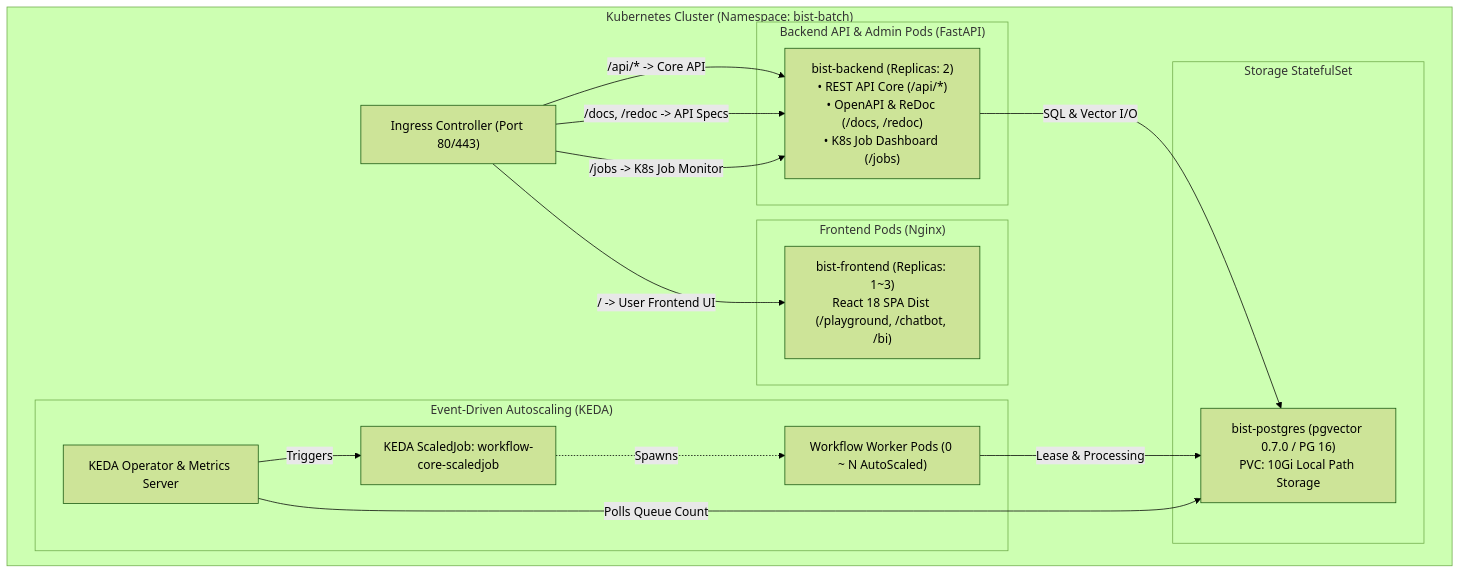
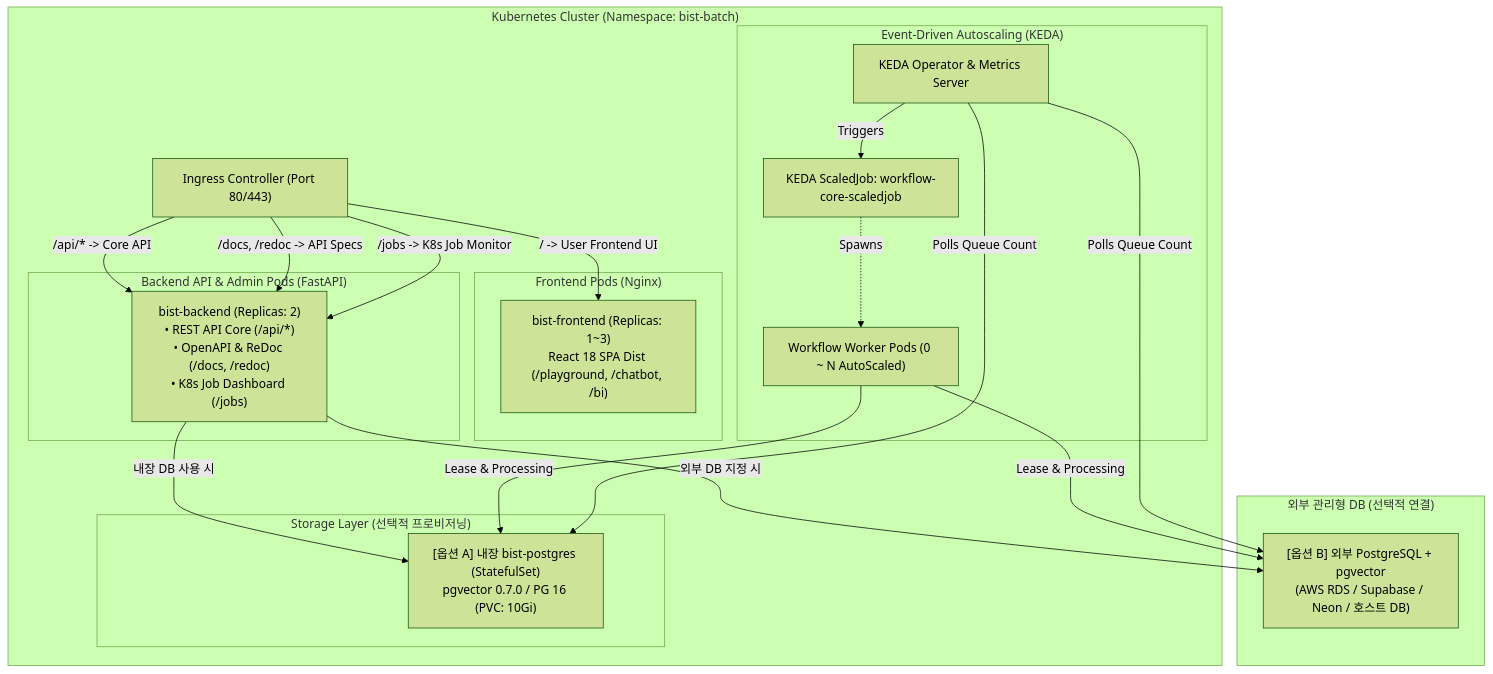
One commit to bist-mini-final/bist-mini-final changed the first of 4 diagrams in docs/01_system_blueprints/BP-104_deployment_and_infra_topology.md. Above: the diagram before and after it, drawn with Mermaid (forest theme). The commit also changed other lines of this file, not shown here.

Commit message:
docs: formalize optional DB provisioning (internal StatefulSet vs external managed DB) in BP-104

````diff
--- a/docs/01_system_blueprints/BP-104_deployment_and_infra_topology.md
+++ b/docs/01_system_blueprints/BP-104_deployment_and_infra_topology.md
@@ -11,34 +11,42 @@
 ```mermaid
 graph TB
     subgraph K8sCluster ["Kubernetes Cluster (Namespace: bist-batch)"]
         INGRESS["Ingress Controller (Port 80/443)"]
         
         subgraph FrontendGroup ["Frontend Pods (Nginx)"]
             FE["bist-frontend (Replicas: 1~3)<br>React 18 SPA Dist (/playground, /chatbot, /bi)"]
         end
 
         subgraph BackendGroup ["Backend API & Admin Pods (FastAPI)"]
             BE["bist-backend (Replicas: 2)<br>• REST API Core (/api/*)<br>• OpenAPI & ReDoc (/docs, /redoc)<br>• K8s Job Dashboard (/jobs)"]
         end
 
-        subgraph StorageGroup ["Storage StatefulSet"]
-            PG["bist-postgres (pgvector 0.7.0 / PG 16)<br>PVC: 10Gi Local Path Storage"]
+        subgraph StorageGroup ["Storage Layer (선택적 프로비저닝)"]
+            PG_INTERNAL["[옵션 A] 내장 bist-postgres (StatefulSet)<br>pgvector 0.7.0 / PG 16 (PVC: 10Gi)"]
         end
 
         subgraph KedaGroup ["Event-Driven Autoscaling (KEDA)"]
             KEDA_OP["KEDA Operator & Metrics Server"]
             SCALED_JOB["KEDA ScaledJob: workflow-core-scaledjob"]
             WORKER_PODS["Workflow Worker Pods (0 ~ N AutoScaled)"]
             SCALED_JOB -.->|Spawns| WORKER_PODS
         end
     end
 
+    subgraph ExternalDBGroup ["외부 관리형 DB (선택적 연결)"]
+        PG_EXTERNAL["[옵션 B] 외부 PostgreSQL + pgvector<br>(AWS RDS / Supabase / Neon / 호스트 DB)"]
+    end
+
     INGRESS -->|/ -> User Frontend UI| FE
     INGRESS -->|/api/* -> Core API| BE
     INGRESS -->|/docs, /redoc -> API Specs| BE
     INGRESS -->|/jobs -> K8s Job Monitor| BE
-    BE -->|SQL & Vector I/O| PG
-    WORKER_PODS -->|Lease & Processing| PG
-    KEDA_OP -->|Polls Queue Count| PG
+    
+    BE -->|내장 DB 사용 시| PG_INTERNAL
+    BE -->|외부 DB 지정 시| PG_EXTERNAL
+    WORKER_PODS -->|Lease & Processing| PG_INTERNAL
+    WORKER_PODS -->|Lease & Processing| PG_EXTERNAL
+    KEDA_OP -->|Polls Queue Count| PG_INTERNAL
+    KEDA_OP -->|Polls Queue Count| PG_EXTERNAL
     KEDA_OP -->|Triggers| SCALED_JOB
 ```
````
